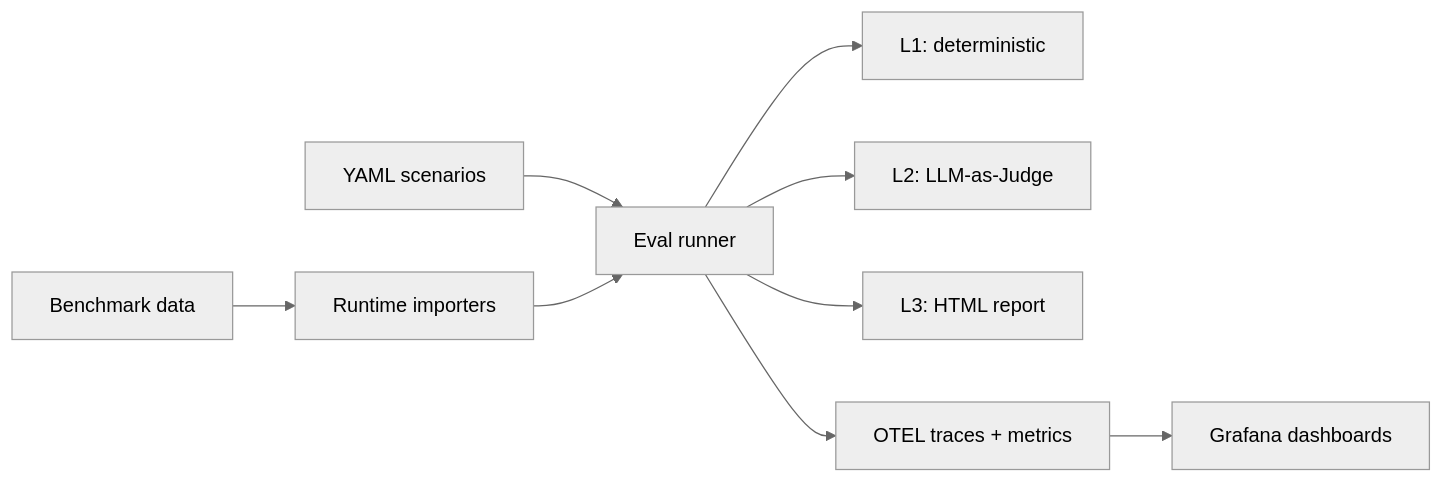
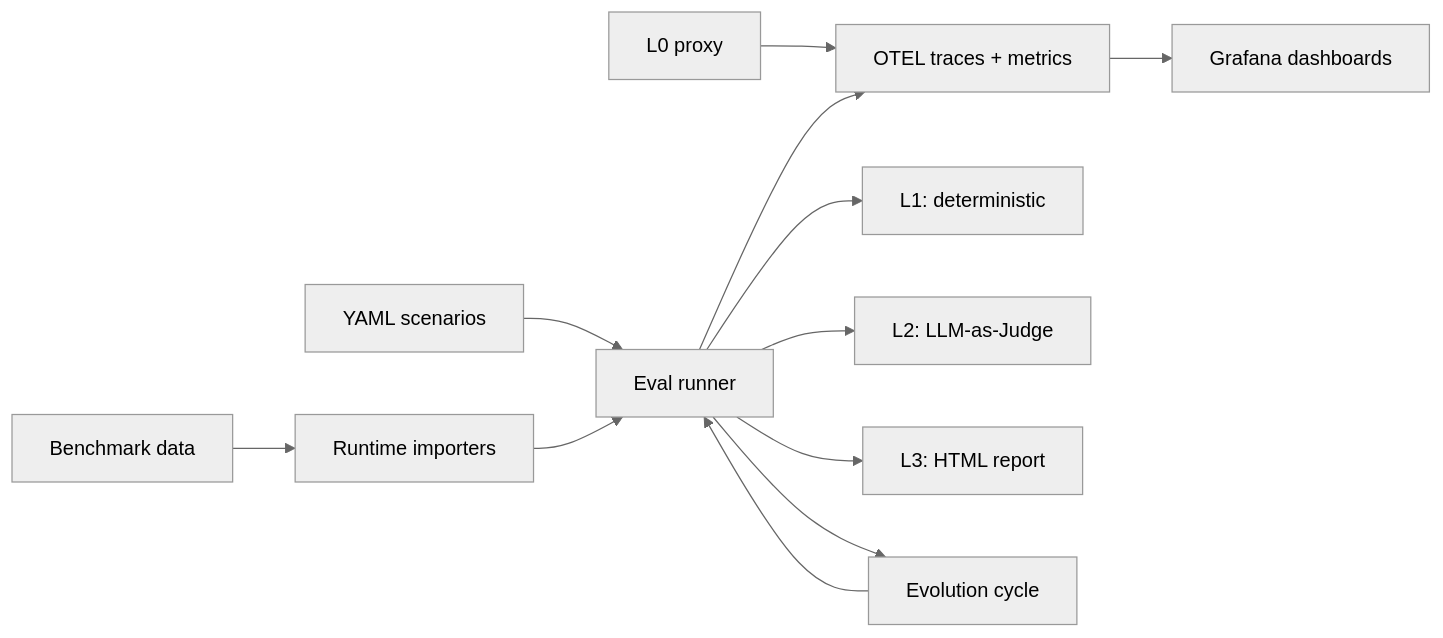
One commit to noCharger/agentlens changed the diagram in README.md. Above: the diagram before and after it, drawn with Mermaid (neutral theme). The commit also changed other lines of this file and 26 other files, not shown here.

````diff
--- a/README.md
+++ b/README.md
@@ -330,10 +568,13 @@
 ```mermaid
 flowchart LR
     A[YAML scenarios] --> E[Eval runner]
     B[Benchmark data] --> D[Runtime importers] --> E
+    P[L0 proxy] --> I
     E --> F[L1: deterministic]
     E --> G[L2: LLM-as-Judge]
     E --> H[L3: HTML report]
     E --> I[OTEL traces + metrics]
     I --> J[Grafana dashboards]
+    E --> V[Evolution cycle]
+    V --> E
 ```
````
